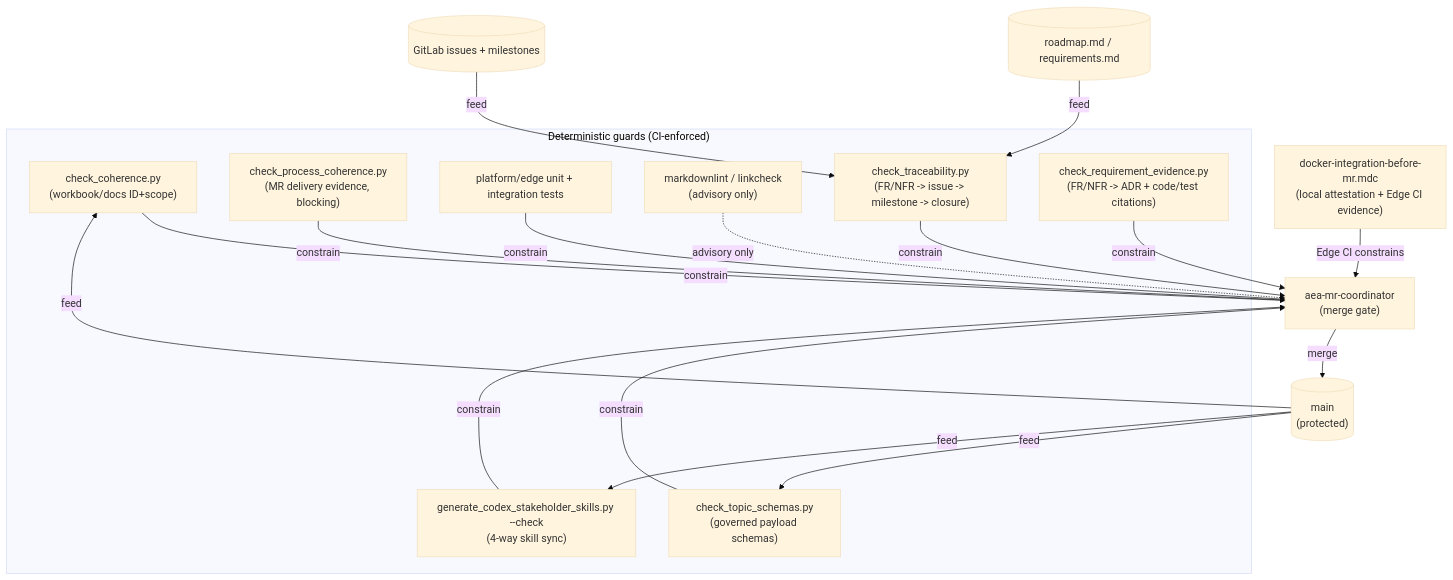
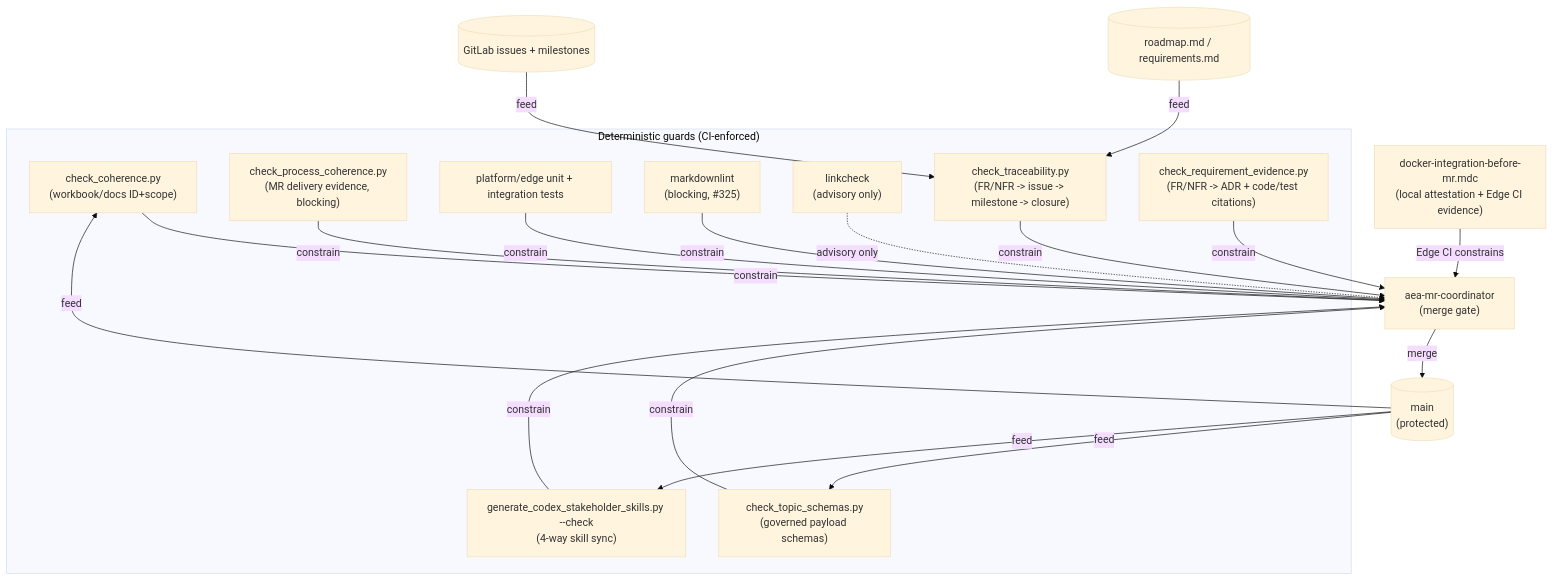
The first of 3 diagrams in research/loop-graph.md (artofdream/adaptive-experience), drawn with Mermaid (base theme) before and after one commit. The commit also changed other lines of this file and 26 other files, not shown here.

First line of the commit message:
ci: make markdownlint a required lint job (#325)

````diff
--- a/research/loop-graph.md
+++ b/research/loop-graph.md
@@ -48,34 +48,36 @@
 ```mermaid
 flowchart TD
     subgraph guards["Deterministic guards (CI-enforced)"]
         CC["check_coherence.py<br/>(workbook/docs ID+scope)"]
         TS["check_topic_schemas.py<br/>(governed payload schemas)"]
         SS["generate_codex_stakeholder_skills.py --check<br/>(4-way skill sync)"]
         PC["check_process_coherence.py<br/>(MR delivery evidence, blocking)"]
         PU["platform/edge unit + integration tests"]
-        LINT["markdownlint / linkcheck<br/>(advisory only)"]
+        LINT["markdownlint<br/>(blocking, #325)"]
+        LINK["linkcheck<br/>(advisory only)"]
         TRACE["check_traceability.py<br/>(FR/NFR -> issue -> milestone -> closure)"]
         EVIDENCE["check_requirement_evidence.py<br/>(FR/NFR -> ADR + code/test citations)"]
     end
     DOCKER["docker-integration-before-mr.mdc<br/>(local attestation + Edge CI evidence)"]
     MRC["aea-mr-coordinator<br/>(merge gate)"]
     MAIN[("main<br/>(protected)")]
     ROADMAP[("roadmap.md / requirements.md")]
     ISSUES[("GitLab issues + milestones")]
 
     CC -- constrain --> MRC
     TS -- constrain --> MRC
     SS -- constrain --> MRC
     PC -- constrain --> MRC
     PU -- constrain --> MRC
-    LINT -. advisory only .-> MRC
+    LINT -- constrain --> MRC
+    LINK -. advisory only .-> MRC
     DOCKER -- "Edge CI constrains" --> MRC
     ROADMAP -- feed --> TRACE
     ISSUES -- feed --> TRACE
     TRACE -- constrain --> MRC
     EVIDENCE -- constrain --> MRC
     MRC -- merge --> MAIN
     MAIN -- feed --> CC
     MAIN -- feed --> TS
     MAIN -- feed --> SS
 ```
````
